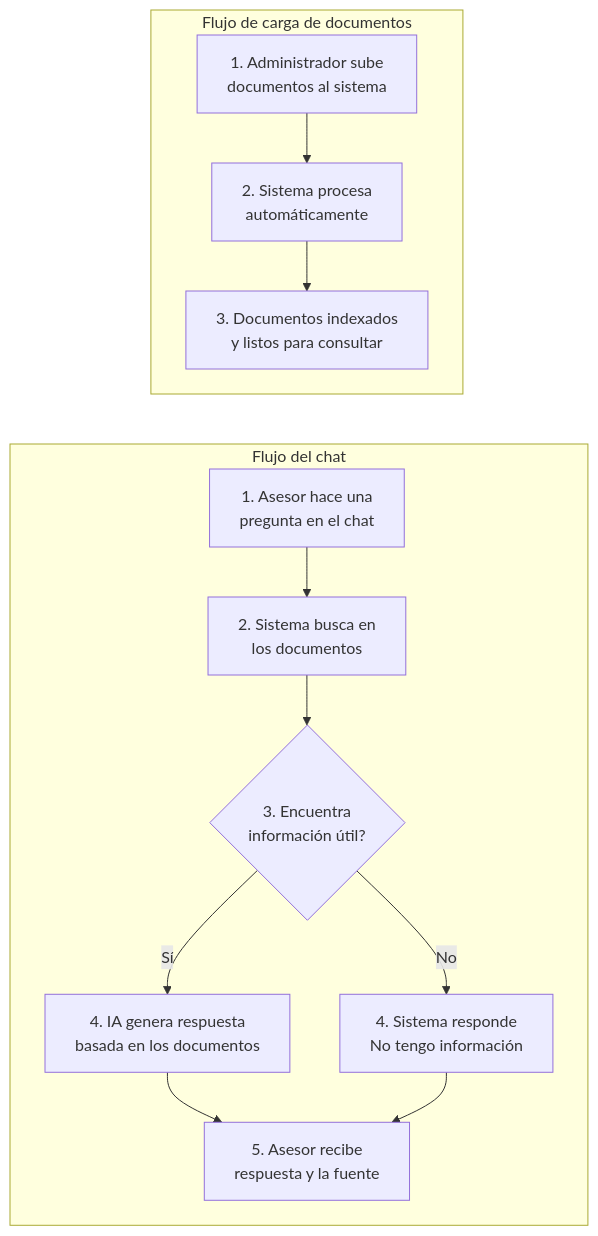
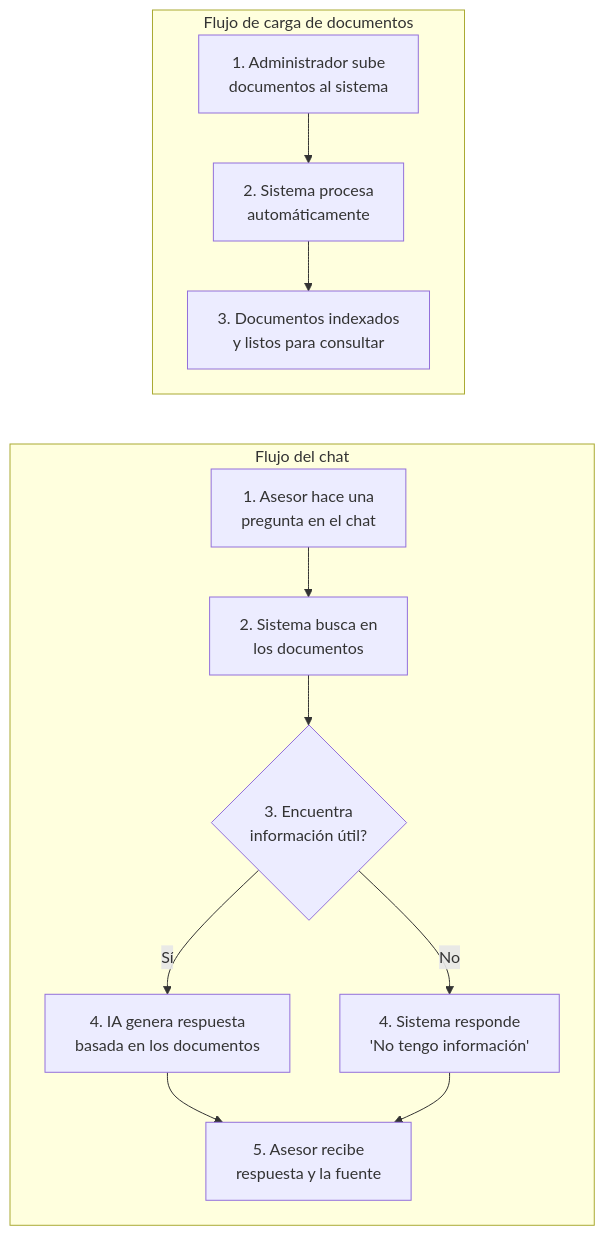
The third of 4 diagrams in docs/propuesta_tecnologica_final.md (johnruedal96/capillas), drawn with Mermaid before and after one commit. The commit also changed other lines of this file, not shown here.

````diff
--- a/docs/propuesta_tecnologica_final.md
+++ b/docs/propuesta_tecnologica_final.md
@@ -120,18 +120,18 @@
 ```mermaid
 flowchart TB
     subgraph CARGA["Flujo de carga de documentos"]
         A[1. Administrador sube<br/>documentos al sistema] --> B[2. Sistema procesa<br/>automáticamente]
         B --> C[3. Documentos indexados<br/>y listos para consultar]
     end
 
     subgraph CHAT["Flujo del chat"]
         D[1. Asesor hace una<br/>pregunta en el chat] --> E[2. Sistema busca en<br/>los documentos]
         E --> F{3. Encuentra<br/>información útil?}
         F -->|Sí| G[4. IA genera respuesta<br/>basada en los documentos]
-        F -->|No| H[4. Sistema responde<br/>No tengo información]
+        F -->|No| H[4. Sistema responde<br/>'No tengo información']
         G --> I[5. Asesor recibe<br/>respuesta y la fuente]
         H --> I
     end
 
     C ~~~ D
 ```
````
